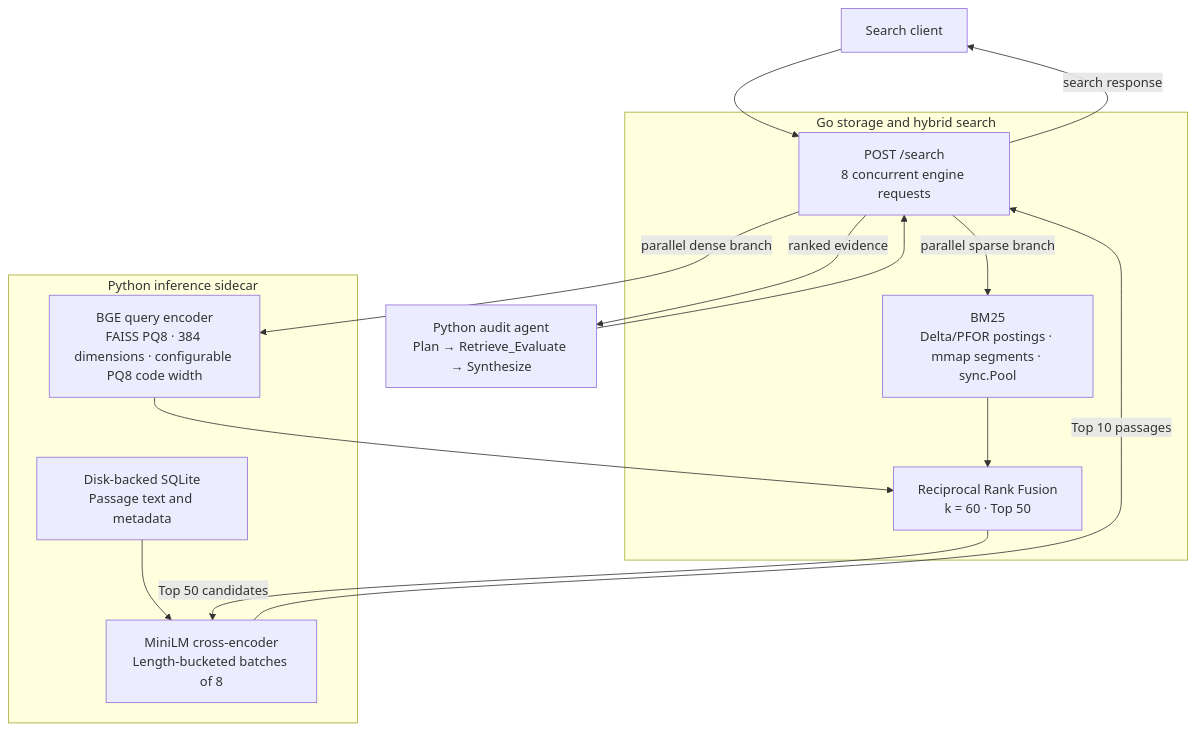
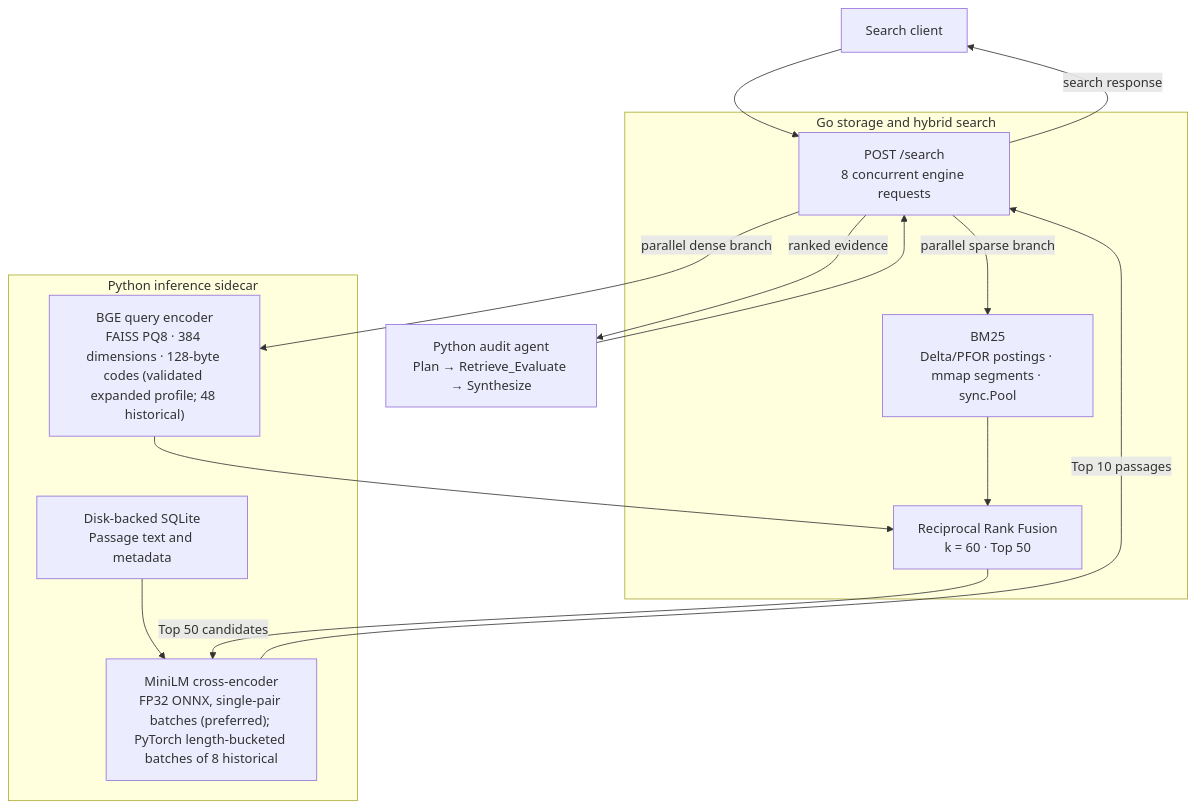
Before and after one commit to JCHETAN26/FinFilings-AI: the diagram in README.md, drawn with Mermaid. The commit also changed other lines of this file and 138 other files, not shown here.

````diff
--- a/README.md
+++ b/README.md
@@ -13,27 +13,27 @@
 ```mermaid
 flowchart TB
     Client["Search client"] --> API
     Agent["Python audit agent<br/>Plan → Retrieve_Evaluate → Synthesize"] --> API
 
     subgraph Go["Go storage and hybrid search"]
         API["POST /search<br/>8 concurrent engine requests"]
         Sparse["BM25<br/>Delta/PFOR postings · mmap segments · sync.Pool"]
         Fusion["Reciprocal Rank Fusion<br/>k = 60 · Top 50"]
         API -->|parallel sparse branch| Sparse
         Sparse --> Fusion
     end
 
     subgraph Python["Python inference sidecar"]
-        Dense["BGE query encoder<br/>FAISS PQ8 · 384 dimensions · configurable PQ8 code width"]
-        Rerank["MiniLM cross-encoder<br/>Length-bucketed batches of 8"]
+        Dense["BGE query encoder<br/>FAISS PQ8 · 384 dimensions · 128-byte codes (validated expanded profile; 48 historical)"]
+        Rerank["MiniLM cross-encoder<br/>FP32 ONNX, single-pair batches (preferred); PyTorch length-bucketed batches of 8 historical"]
         Store["Disk-backed SQLite<br/>Passage text and metadata"]
         Store --> Rerank
     end
 
     API -->|parallel dense branch| Dense
     Dense --> Fusion
     Fusion -->|Top 50 candidates| Rerank
     Rerank -->|Top 10 passages| API
     API -->|ranked evidence| Agent
     API -->|search response| Client
 ```
````
